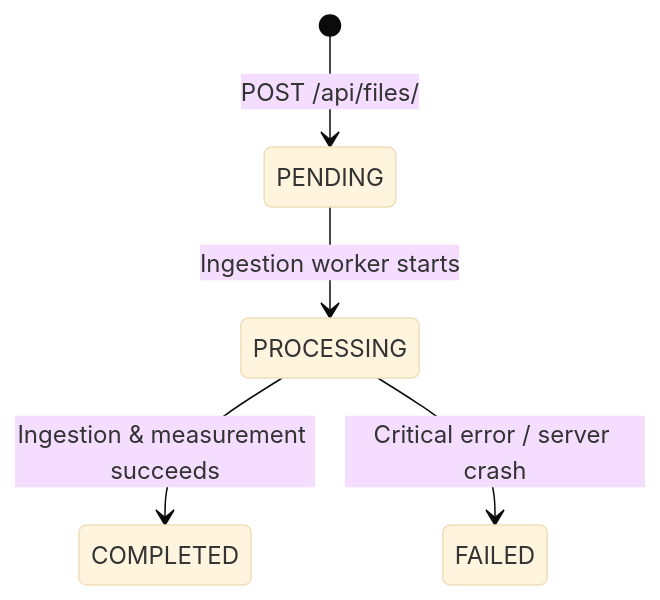
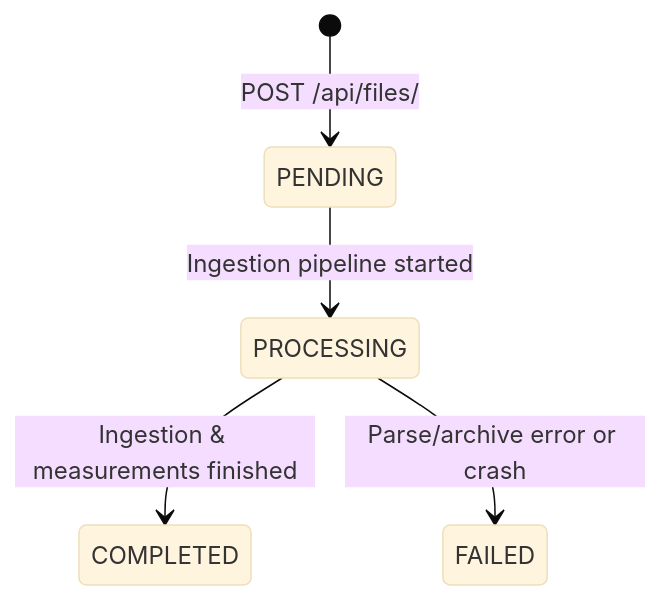
Before and after one commit to Harsh202458/geospatial-file-measurement-api: the first of 3 diagrams in README.md, drawn with Mermaid (base theme). The commit also changed other lines of this file, not shown here.

````diff
--- a/README.md
+++ b/README.md
@@ -115,7 +116,7 @@
 ```mermaid
 stateDiagram-v2
     [*] --> PENDING: POST /api/files/
-    PENDING --> PROCESSING: Ingestion worker starts
-    PROCESSING --> COMPLETED: Ingestion & measurement succeeds
-    PROCESSING --> FAILED: Critical error / server crash
+    PENDING --> PROCESSING: Ingestion pipeline started
+    PROCESSING --> COMPLETED: Ingestion & measurements finished
+    PROCESSING --> FAILED: Parse/archive error or crash
 ```
````
